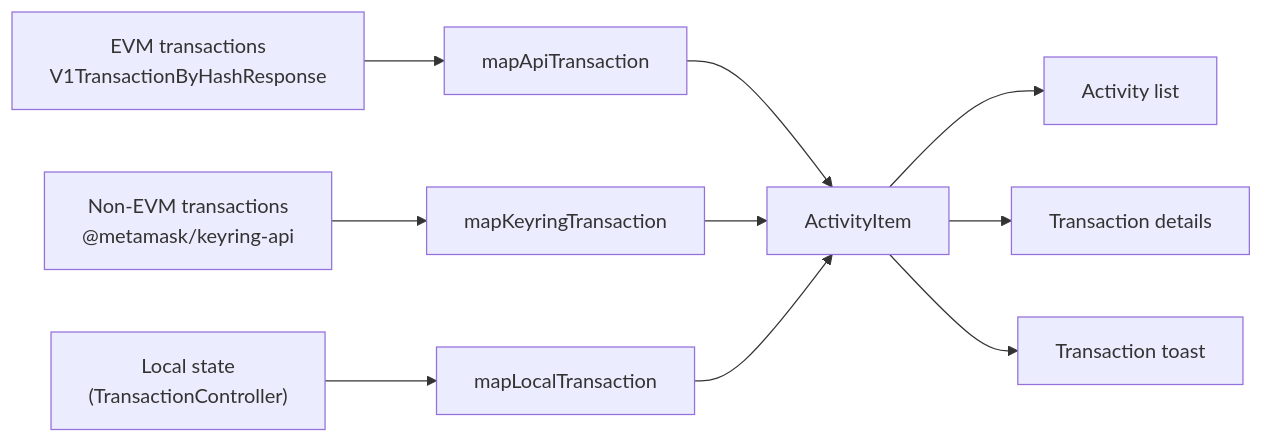
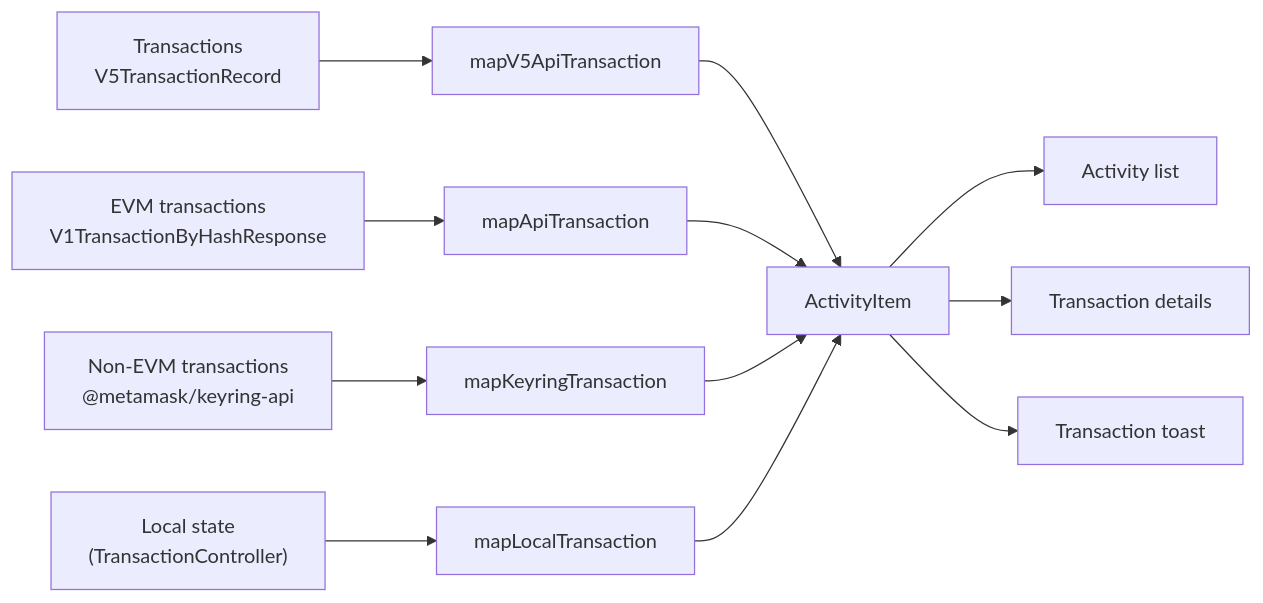
One commit to MetaMask/core changed the diagram in packages/client-utils/src/mappers/README.md. Above: the diagram before and after it, drawn with Mermaid. The commit also changed other lines of this file and 9 other files, not shown here.

First line of the commit message:
feat(client-utils): adapt the v5TransactionRecord response (#11379)

````diff
--- a/packages/client-utils/src/mappers/README.md
+++ b/packages/client-utils/src/mappers/README.md
@@ -36,14 +36,16 @@
 ```mermaid
 flowchart LR
   api["EVM transactions<br/>V1TransactionByHashResponse"] --> apiMapper["mapApiTransaction"]
+  apiV5["Transactions<br/>V5TransactionRecord"] --> apiV5Mapper["mapV5ApiTransaction"]
+  apiV5Mapper --> items
   nonEvm["Non-EVM transactions<br/>@metamask/keyring-api"] --> nonEvmMapper["mapKeyringTransaction"]
   local["Local state<br/>(TransactionController)"] --> localMapper["mapLocalTransaction"]
 
   apiMapper --> items["ActivityItem"]
   nonEvmMapper --> items
   localMapper --> items
 
   items --> list["Activity list"]
   items --> details["Transaction details"]
   items --> toast["Transaction toast"]
 ```
````
